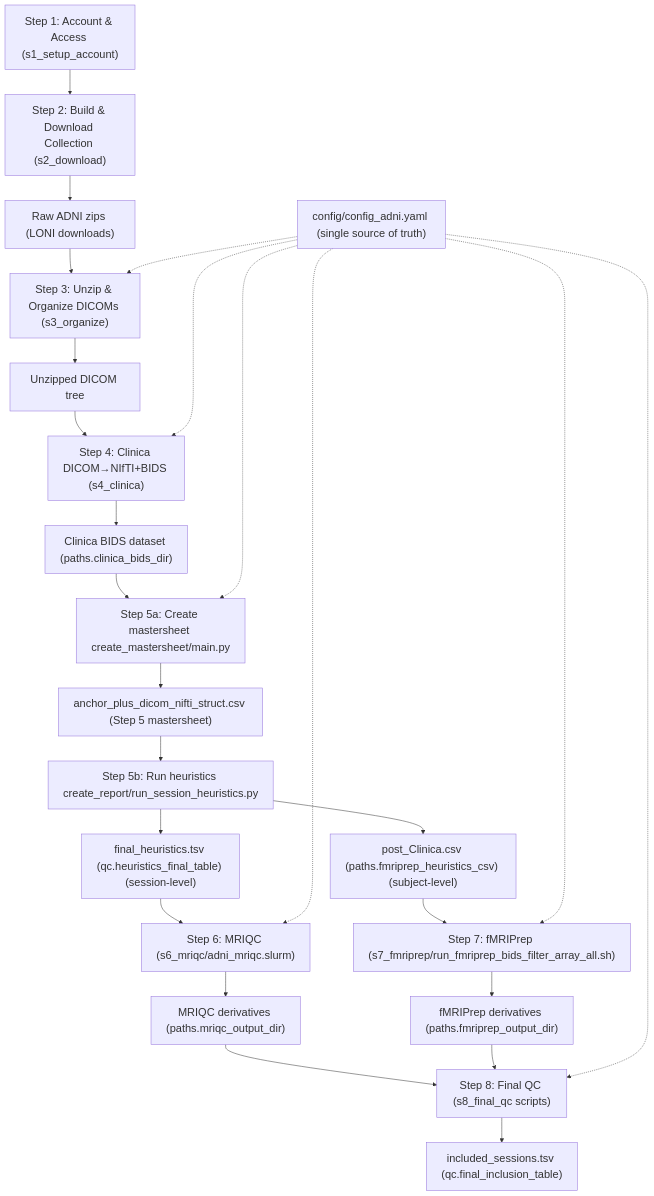
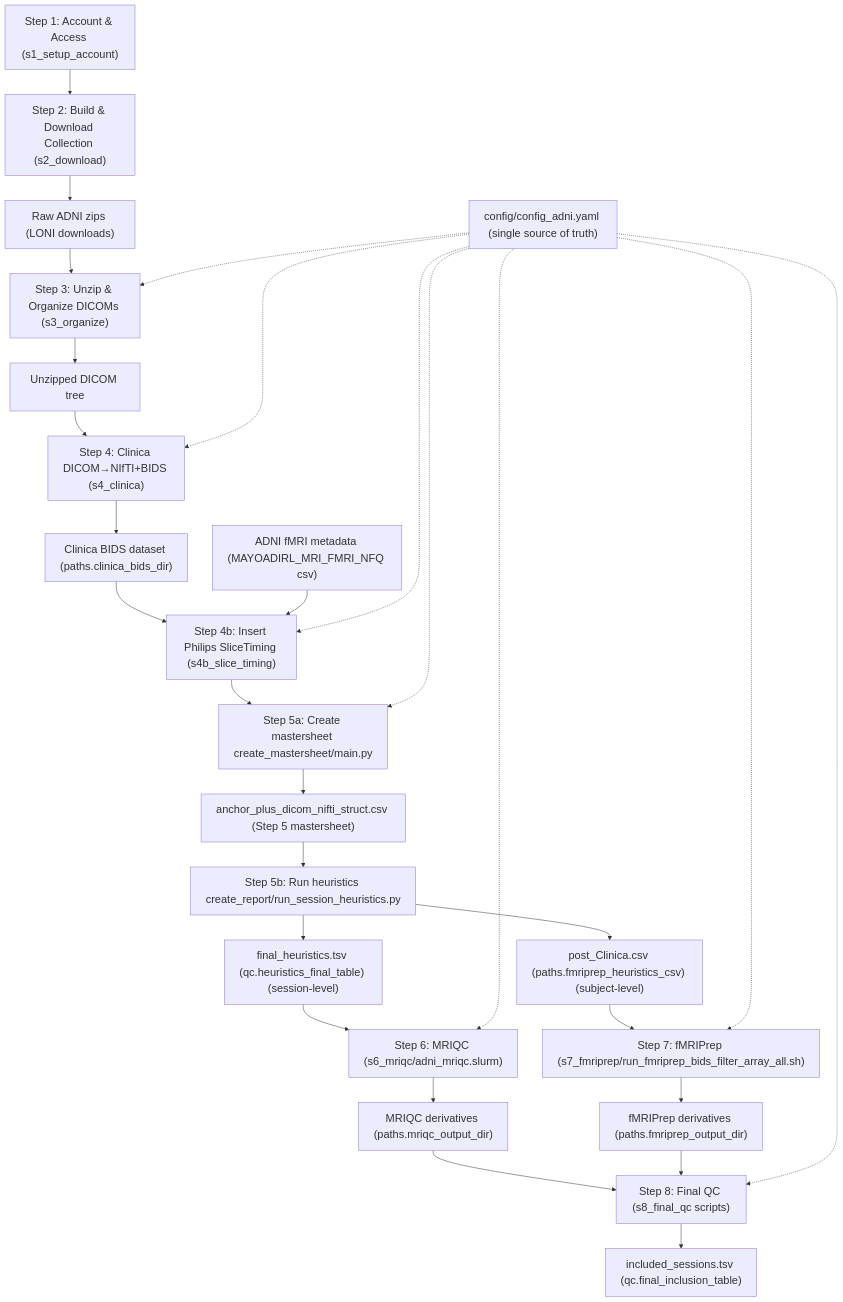
The diagram in README.md (statMINDlab/ADNI_fMRI_protocol), drawn with Mermaid before and after one commit. The commit also changed other lines of this file and 6 other files, not shown here.

First line of the commit message:
Add Step 4b: insert SliceTiming into Philips resting-state sidecars

````diff
--- a/README.md
+++ b/README.md
@@ -33,60 +33,66 @@
 ```mermaid
 %%{init: {'themeVariables': { 'fontSize': '22px' }}}%%
 flowchart TB
   %% Config and global inputs
   CFG["config/config_adni.yaml (single source of truth)"]
   RAW_ZIPS["Raw ADNI zips (LONI downloads)"]
 
   %% Steps 1-2: access and download
   S1["Step 1: Account & Access (s1_setup_account)"]
   S2["Step 2: Build & Download Collection (s2_download)"]
 
   %% Step 3: organize DICOMs
   S3["Step 3: Unzip & Organize DICOMs (s3_organize)"]
 
   %% Step 4: Clinica
   S4["Step 4: Clinica DICOM→NIfTI+BIDS (s4_clinica)"]
 
+  %% Step 4b: repair Philips SliceTiming
+  S4B["Step 4b: Insert Philips SliceTiming (s4b_slice_timing)"]
+
   %% Step 5: Post-Clinica QC (mastersheet + heuristics)
   S5a["Step 5a: Create mastersheet create_mastersheet/main.py"]
   S5b["Step 5b: Run heuristics create_report/run_session_heuristics.py"]
 
   %% Step 6-7: MRIQC and fMRIPrep
   S6["Step 6: MRIQC (s6_mriqc/adni_mriqc.slurm)"]
   S7["Step 7: fMRIPrep (s7_fmriprep/run_fmriprep_bids_filter_array_all.sh)"]
 
   %% Step 8: Final QC
   S8["Step 8: Final QC (s8_final_qc scripts)"]
 
   %% Data nodes
   RAW_DICOM["Unzipped DICOM tree"]
   BIDS["Clinica BIDS dataset (paths.clinica_bids_dir)"]
+  ADNI_META["ADNI fMRI metadata (MAYOADIRL_MRI_FMRI_NFQ csv)"]
   ANCHOR["anchor_plus_dicom_nifti_struct.csv (Step 5 mastersheet)"]
   HEUR_SESS["final_heuristics.tsv (qc.heuristics_final_table) (session-level)"]
   HEUR_SUBJ["post_Clinica.csv (paths.fmriprep_heuristics_csv) (subject-level)"]
   MRIQC_DERIV["MRIQC derivatives (paths.mriqc_output_dir)"]
   FMRIPREP_DERIV["fMRIPrep derivatives (paths.fmriprep_output_dir)"]
   FINAL_INCLUDED["included_sessions.tsv (qc.final_inclusion_table)"]
 
   %% High-level step flow
   S1 --> S2
   S2 --> RAW_ZIPS
   RAW_ZIPS --> S3 --> RAW_DICOM
   RAW_DICOM --> S4 --> BIDS
-  BIDS --> S5a --> ANCHOR
+  BIDS --> S4B --> S5a --> ANCHOR
+  ADNI_META --> S4B
   ANCHOR --> S5b
   S5b --> HEUR_SESS
   S5b --> HEUR_SUBJ
   HEUR_SESS --> S6 --> MRIQC_DERIV
   HEUR_SUBJ --> S7 --> FMRIPREP_DERIV
   MRIQC_DERIV --> S8
   FMRIPREP_DERIV --> S8 --> FINAL_INCLUDED
 
   %% Config-driven edges (dashed, unlabeled for clarity)
   CFG -.-> S3
   CFG -.-> S4
+  CFG -.-> S4B
   CFG -.-> S5a
   CFG -.-> S6
   CFG -.-> S7
   CFG -.-> S8
 ```
````
